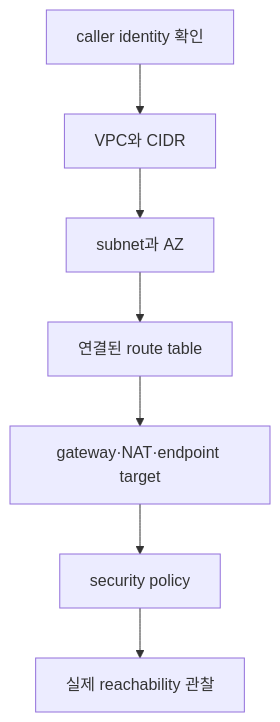
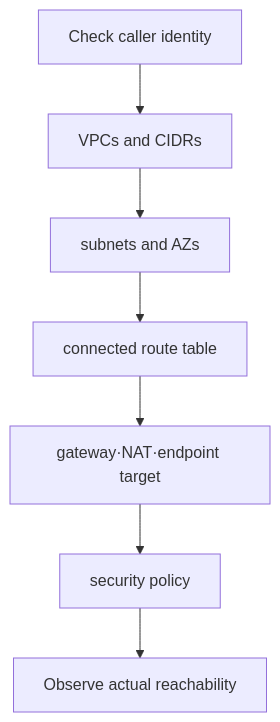
Before and after one commit to nohdol97/nohdol-study: the diagram in docs-site/content/aws-foundations/02-read-only-diagnosis-lab.md, drawn with Mermaid. The commit also changed other lines of this file and 116 other files, not shown here.

````diff
--- a/docs-site/content/aws-foundations/02-read-only-diagnosis-lab.md
+++ b/docs-site/content/aws-foundations/02-read-only-diagnosis-lab.md
@@ -68,9 +68,9 @@
 ```mermaid
 flowchart TD
-    A[caller identity 확인] --> B[VPC와 CIDR]
-    B --> C[subnet과 AZ]
-    C --> D[연결된 route table]
+    A[Check caller identity] --> B[VPCs and CIDRs]
+    B --> C[subnets and AZs]
+    C --> D[connected route table]
     D --> E[gateway·NAT·endpoint target]
     E --> F[security policy]
-    F --> G[실제 reachability 관찰]
+    F --> G[Observe actual reachability]
 ```
````
